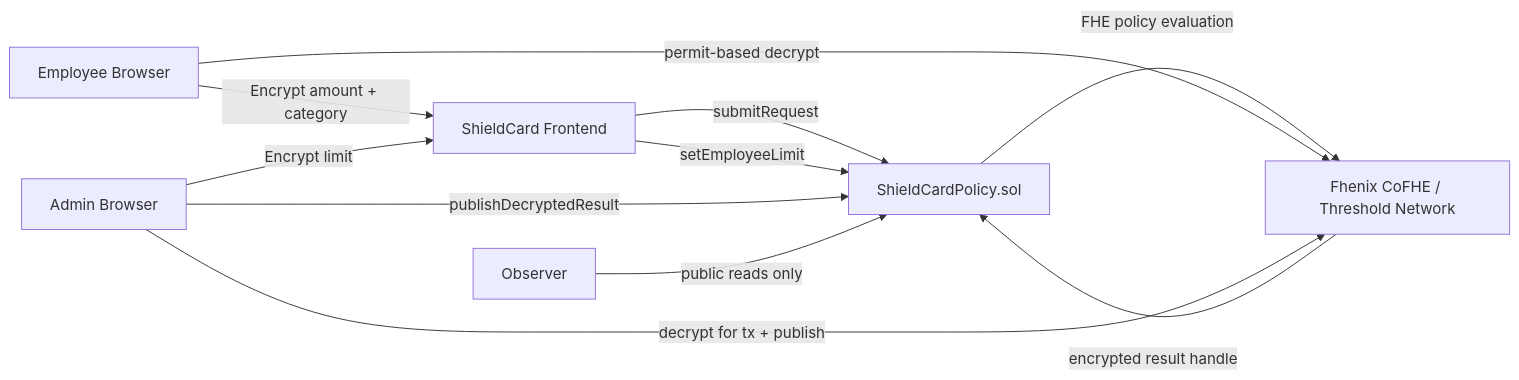
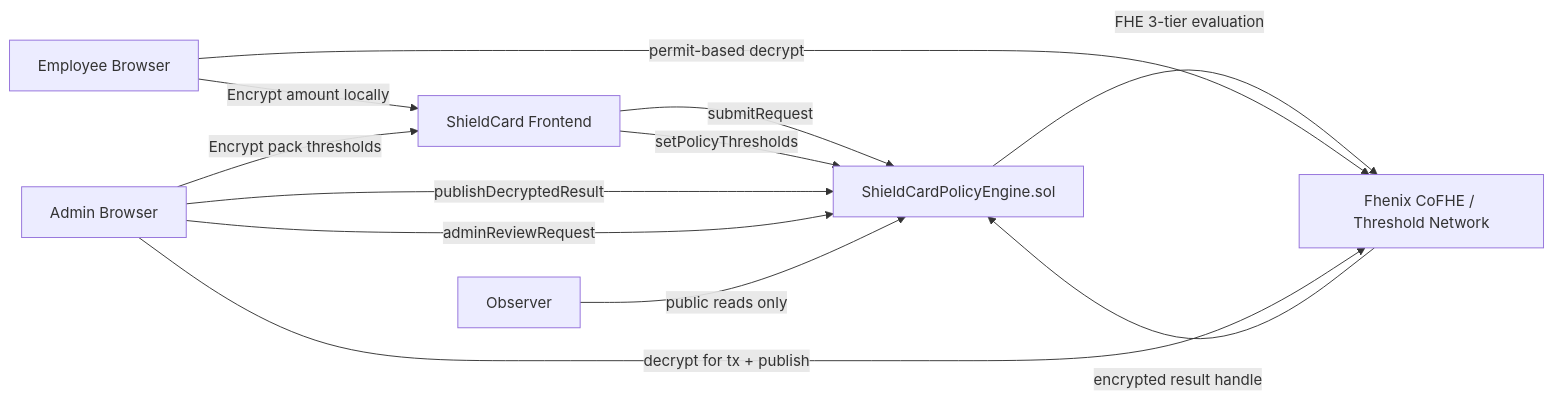
Before and after one commit to Vinaystwt/ShieldCard: the first of 4 diagrams in README.md, drawn with Mermaid. The commit also changed other lines of this file and 1 other file, not shown here.

Commit message:
docs: update README to ShieldCardPolicyEngine and fix contract address

````diff
--- a/README.md
+++ b/README.md
@@ -33,13 +34,14 @@
 ```mermaid
 flowchart LR
-    E[Employee Browser] -->|Encrypt amount + category| C[ShieldCard Frontend]
-    C -->|submitRequest| P[ShieldCardPolicy.sol]
-    A[Admin Browser] -->|Encrypt limit| C
-    C -->|setEmployeeLimit| P
-    P -->|FHE policy evaluation| F[Fhenix CoFHE / Threshold Network]
+    E[Employee Browser] -->|Encrypt amount locally| C[ShieldCard Frontend]
+    C -->|submitRequest| P[ShieldCardPolicyEngine.sol]
+    A[Admin Browser] -->|Encrypt pack thresholds| C
+    C -->|setPolicyThresholds| P
+    P -->|FHE 3-tier evaluation| F[Fhenix CoFHE / Threshold Network]
     F -->|encrypted result handle| P
     E -->|permit-based decrypt| F
     A -->|decrypt for tx + publish| F
     A -->|publishDecryptedResult| P
+    A -->|adminReviewRequest| P
     O[Observer] -->|public reads only| P
 ```
````
